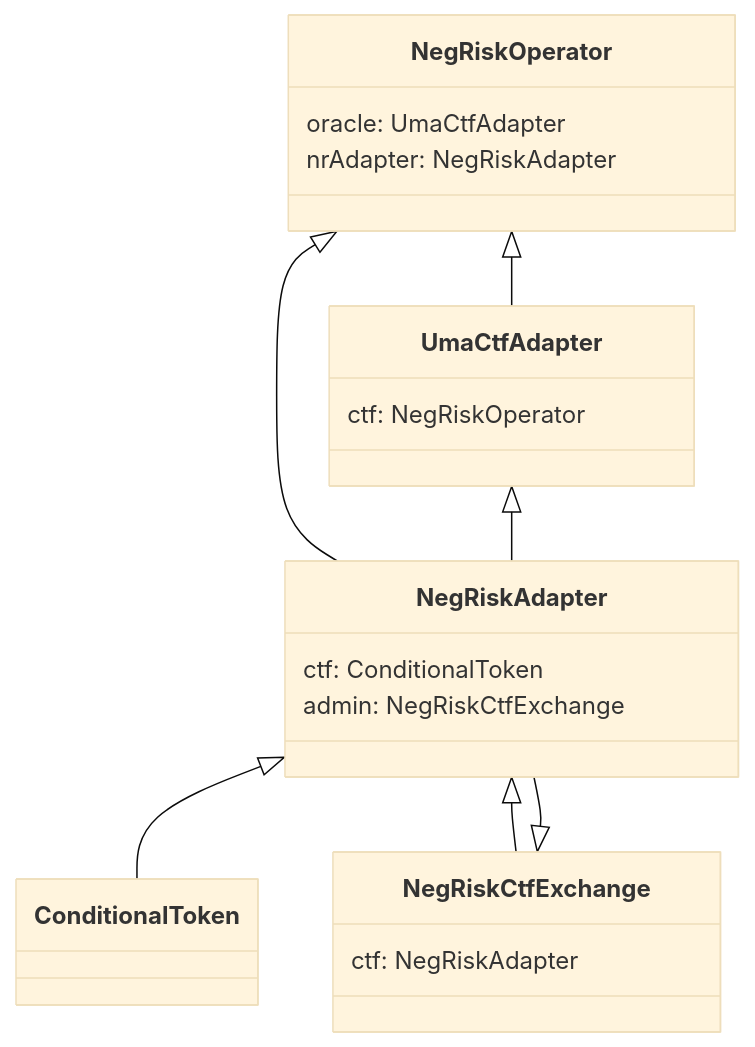
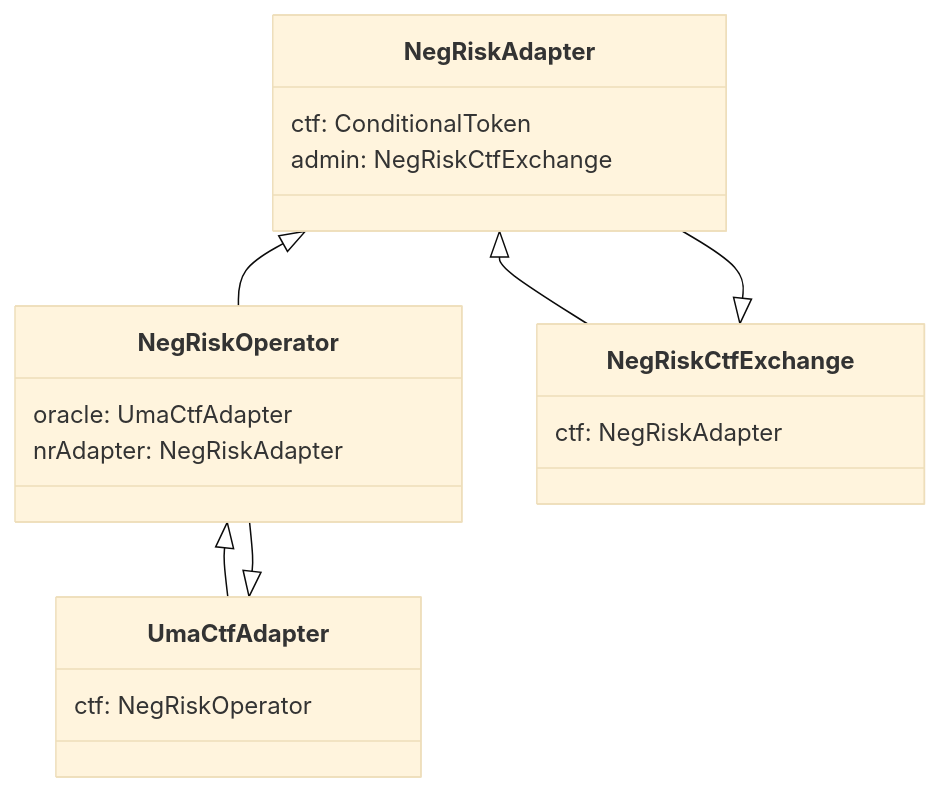
The first of 4 diagrams in neg-risk.md (0xkowloon/the-polymarket-book), drawn with Mermaid (base theme) before and after one commit.

Commit message:
GITBOOK-28: No subject

````diff
--- a/neg-risk.md
+++ b/neg-risk.md
@@ -23,25 +23,24 @@
 ```mermaid
 classDiagram
-    NegRiskOperator <|-- NegRiskAdapter
-    NegRiskAdapter <|-- ConditionalToken
-    UmaCtfAdapter <|-- NegRiskAdapter
+    NegRiskAdapter <|-- NegRiskOperator
+    UmaCtfAdapter <|-- NegRiskOperator
     NegRiskOperator <|-- UmaCtfAdapter
     NegRiskCtfExchange <|-- NegRiskAdapter
     NegRiskAdapter <|-- NegRiskCtfExchange
 
     class NegRiskCtfExchange{
         ctf: NegRiskAdapter
 
     }
     class NegRiskAdapter{
         ctf: ConditionalToken
         admin: NegRiskCtfExchange
     }
     class UmaCtfAdapter{
         ctf: NegRiskOperator
     }
     class NegRiskOperator{
         oracle: UmaCtfAdapter
         nrAdapter: NegRiskAdapter
     }
 ```
````
